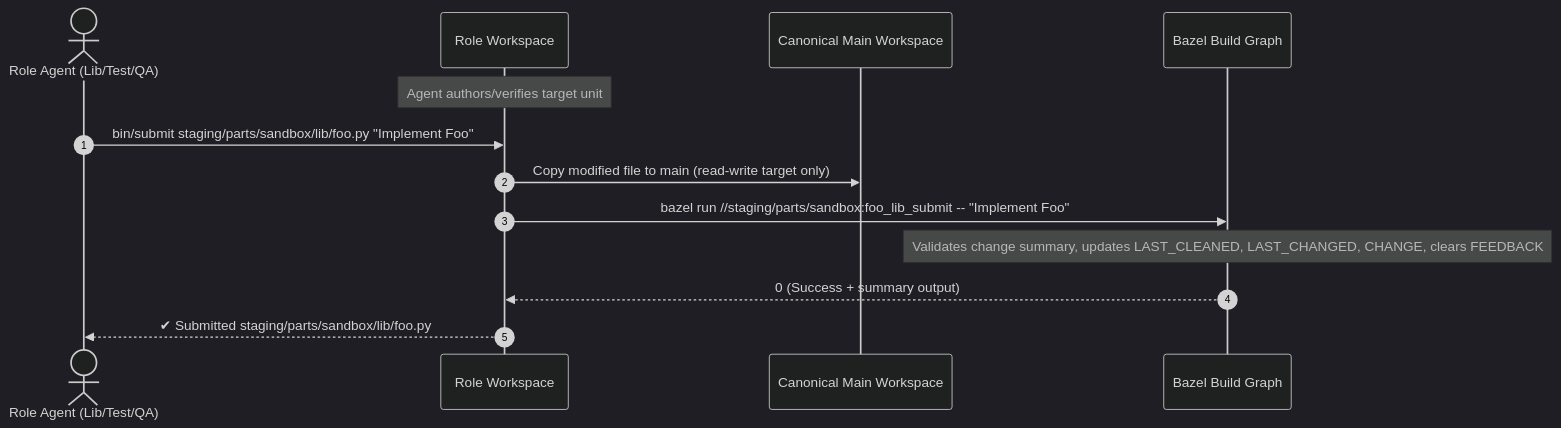
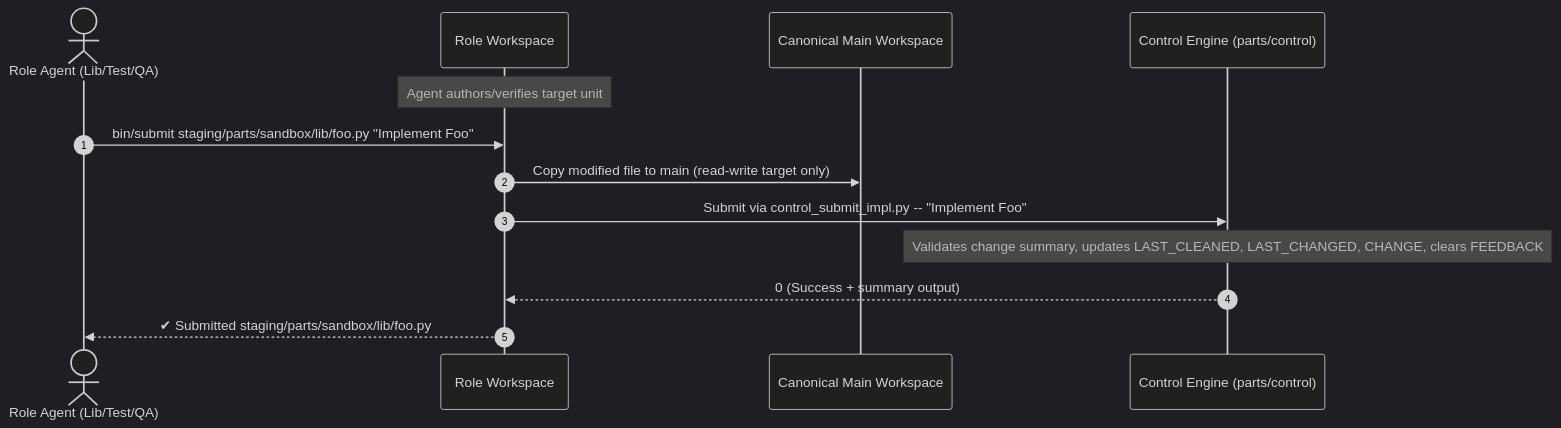
One commit to mcdirmid/cleanroom changed the third of 5 diagrams in design-docs/subagentless_cleanroom_workspaces.md. Above: the diagram before and after it, drawn with Mermaid (dark theme). The commit also changed other lines of this file and 622 other files, not shown here.

````diff
--- a/design-docs/subagentless_cleanroom_workspaces.md
+++ b/design-docs/subagentless_cleanroom_workspaces.md
@@ -194,16 +194,16 @@
 ```mermaid
 sequenceDiagram
     autonumber
     actor Agent as Role Agent (Lib/Test/QA)
     participant RoleWS as Role Workspace
     participant MainWS as Canonical Main Workspace
-    participant Bazel as Bazel Build Graph
+    participant Control as Control Engine (parts/control)
 
     Note over RoleWS: Agent authors/verifies target unit
     Agent->>RoleWS: bin/submit staging/parts/sandbox/lib/foo.py "Implement Foo"
     RoleWS->>MainWS: Copy modified file to main (read-write target only)
-    RoleWS->>Bazel: bazel run //staging/parts/sandbox:foo_lib_submit -- "Implement Foo"
-    Note over Bazel: Validates change summary, updates LAST_CLEANED, LAST_CHANGED, CHANGE, clears FEEDBACK
-    Bazel-->>RoleWS: 0 (Success + summary output)
+    RoleWS->>Control: Submit via control_submit_impl.py -- "Implement Foo"
+    Note over Control: Validates change summary, updates LAST_CLEANED, LAST_CHANGED, CHANGE, clears FEEDBACK
+    Control-->>RoleWS: 0 (Success + summary output)
     RoleWS-->>Agent: ✔ Submitted staging/parts/sandbox/lib/foo.py
 ```
````
